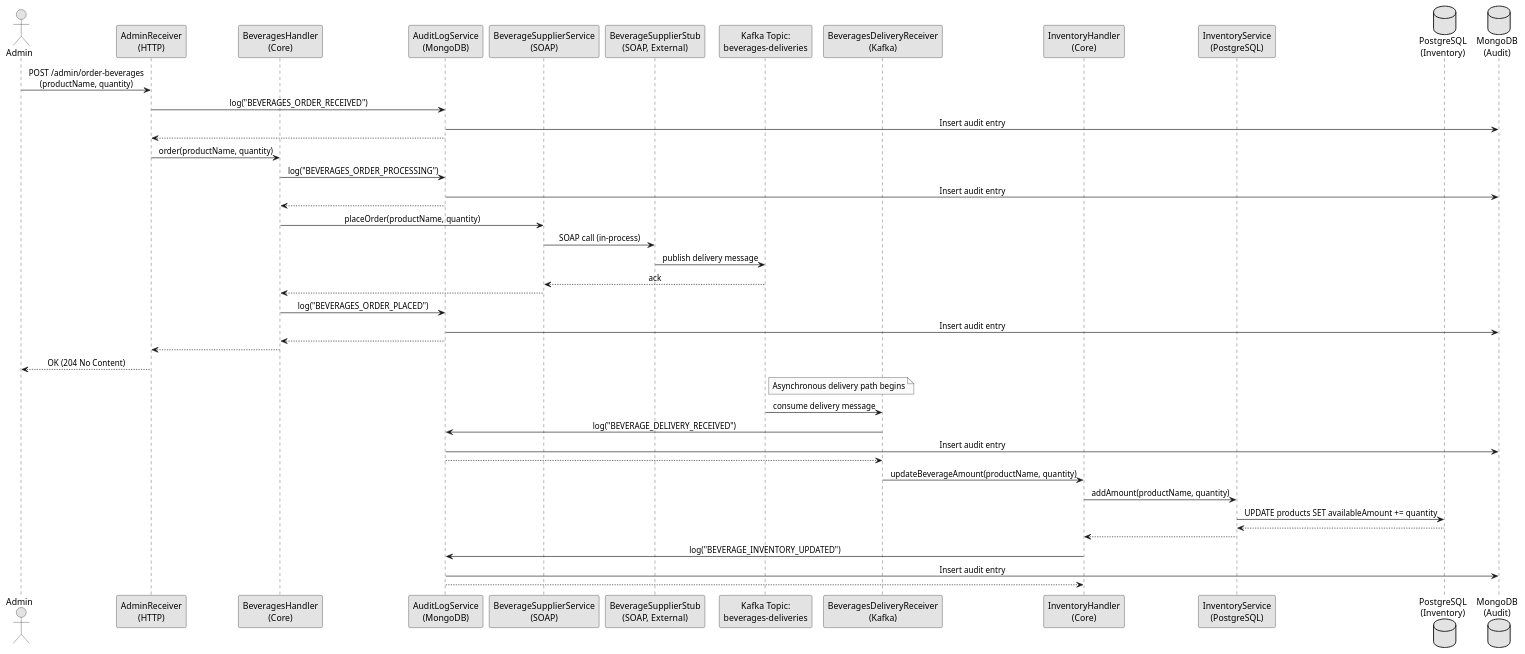
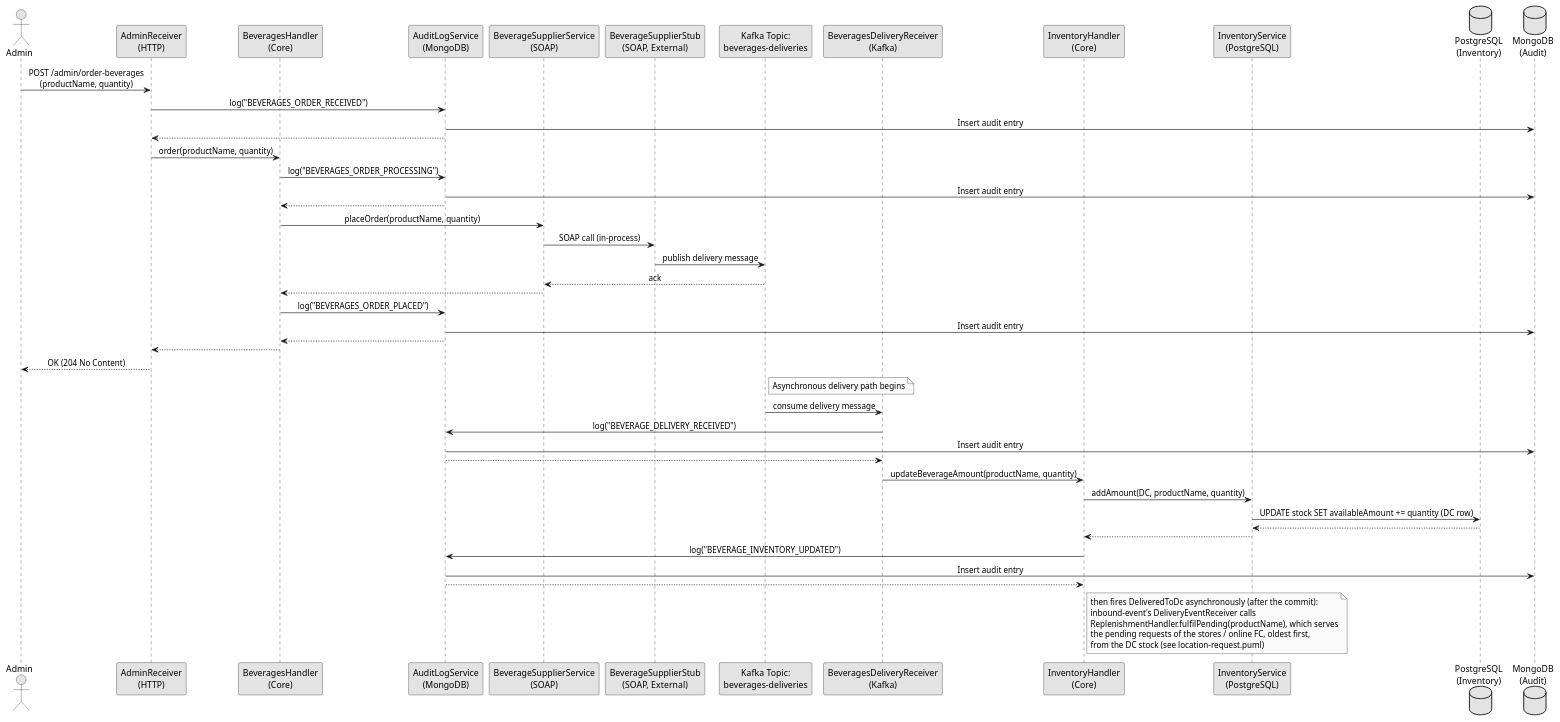
Before and after one commit to svene/2026-07-26_quarkus-hexagon-demo-mm-per-tech: the diagram in docs/architecture/flows/admin-order-beverages.puml, drawn with PlantUML. The commit also changed 103 other files, not shown here.

```diff
--- a/docs/architecture/flows/admin-order-beverages.puml
+++ b/docs/architecture/flows/admin-order-beverages.puml
@@ -1,55 +1,62 @@
 @startuml admin_order_beverages
 skinparam monochrome true
 skinparam sequenceMessageAlign center
 skinparam backgroundColor #ffffff
 
 actor "Admin" as user
 participant "AdminReceiver\n(HTTP)" as receiver
 participant "BeveragesHandler\n(Core)" as handler
 participant "AuditLogService\n(MongoDB)" as audit
 participant "BeverageSupplierService\n(SOAP)" as service
 participant "BeverageSupplierStub\n(SOAP, External)" as stub
 participant "Kafka Topic:\nbeverages-deliveries" as kafka_out
 participant "BeveragesDeliveryReceiver\n(Kafka)" as kafka_receiver
 participant "InventoryHandler\n(Core)" as inv_handler
 participant "InventoryService\n(PostgreSQL)" as inventory
 database "PostgreSQL\n(Inventory)" as db_inv
 database "MongoDB\n(Audit)" as db_audit
 
 user -> receiver: POST /admin/order-beverages\n(productName, quantity)
 receiver -> audit: log("BEVERAGES_ORDER_RECEIVED")
 audit -> db_audit: Insert audit entry
 audit --> receiver
 receiver -> handler: order(productName, quantity)
 handler -> audit: log("BEVERAGES_ORDER_PROCESSING")
 audit -> db_audit: Insert audit entry
 audit --> handler
 handler -> service: placeOrder(productName, quantity)
 service -> stub: SOAP call (in-process)
 stub -> kafka_out: publish delivery message
 kafka_out --> service: ack
 service --> handler
 handler -> audit: log("BEVERAGES_ORDER_PLACED")
 audit -> db_audit: Insert audit entry
 audit --> handler
 handler --> receiver
 receiver --> user: OK (204 No Content)
 
 note right of kafka_out
   Asynchronous delivery path begins
 end note
 
 kafka_out -> kafka_receiver: consume delivery message
 kafka_receiver -> audit: log("BEVERAGE_DELIVERY_RECEIVED")
 audit -> db_audit: Insert audit entry
 audit --> kafka_receiver
 kafka_receiver -> inv_handler: updateBeverageAmount(productName, quantity)
-inv_handler -> inventory: addAmount(productName, quantity)
-inventory -> db_inv: UPDATE products SET availableAmount += quantity
+inv_handler -> inventory: addAmount(DC, productName, quantity)
+inventory -> db_inv: UPDATE stock SET availableAmount += quantity (DC row)
 db_inv --> inventory
 inventory --> inv_handler
 inv_handler -> audit: log("BEVERAGE_INVENTORY_UPDATED")
 audit -> db_audit: Insert audit entry
 audit --> inv_handler
+note right of inv_handler
+  then fires DeliveredToDc asynchronously (after the commit):
+  inbound-event's DeliveryEventReceiver calls
+  ReplenishmentHandler.fulfilPending(productName), which serves
+  the pending requests of the stores / online FC, oldest first,
+  from the DC stock (see location-request.puml)
+end note
 
 @enduml
```
